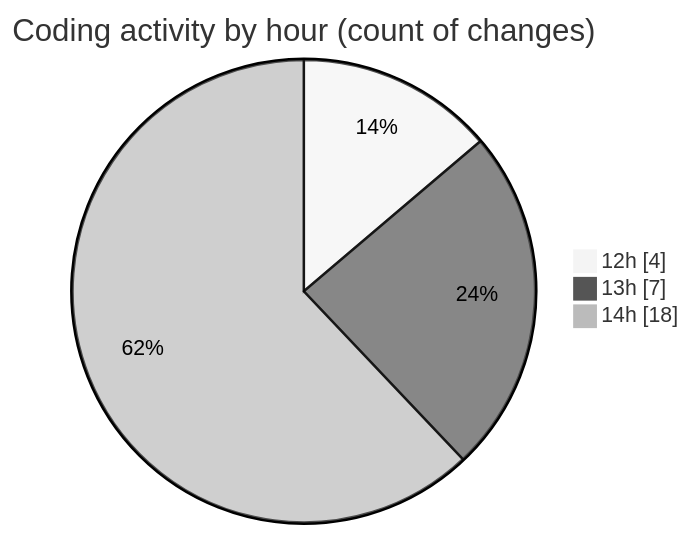
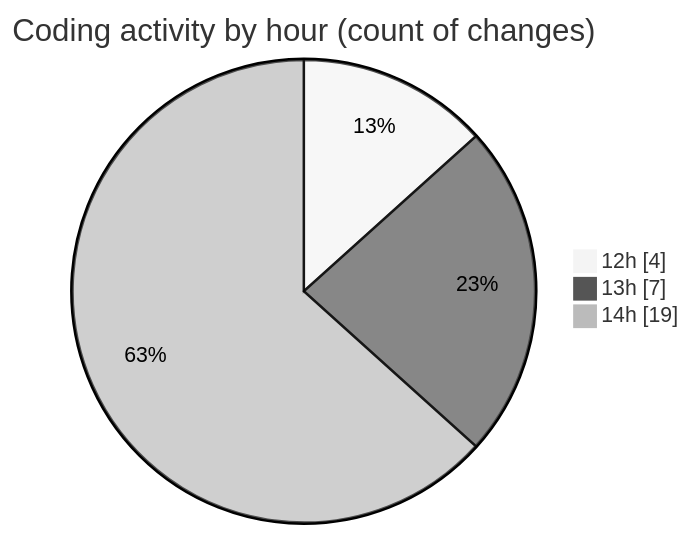
One commit to MatusMokan/code-tracking changed the second of 2 diagrams in 2025-10-25/untitled__workspace_/README.md. Above: the diagram before and after it, drawn with Mermaid (neutral theme). The commit also changed other lines of this file and 1 other file, not shown here.

````diff
--- a/2025-10-25/untitled__workspace_/README.md
+++ b/2025-10-25/untitled__workspace_/README.md
@@ -28,7 +28,7 @@
 ```mermaid
 pie showData
 title Coding activity by hour (count of changes)
 "12h" : 4
 "13h" : 7
-"14h" : 18
+"14h" : 19
 ```
````
